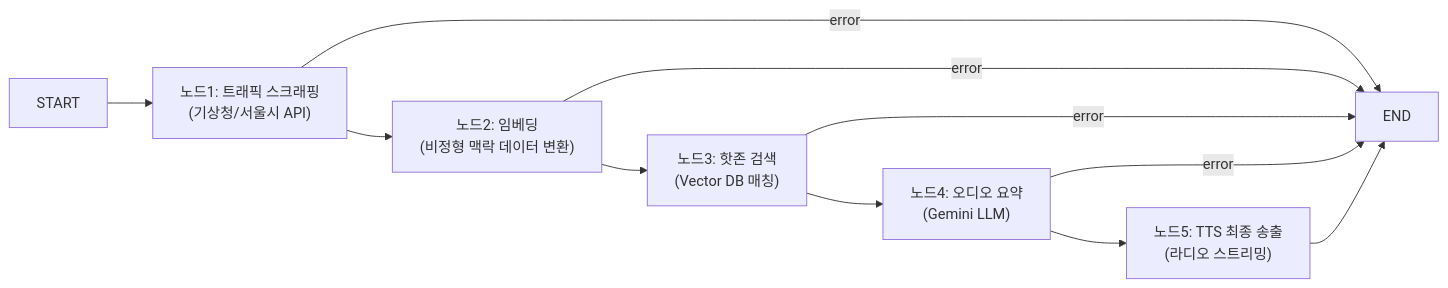
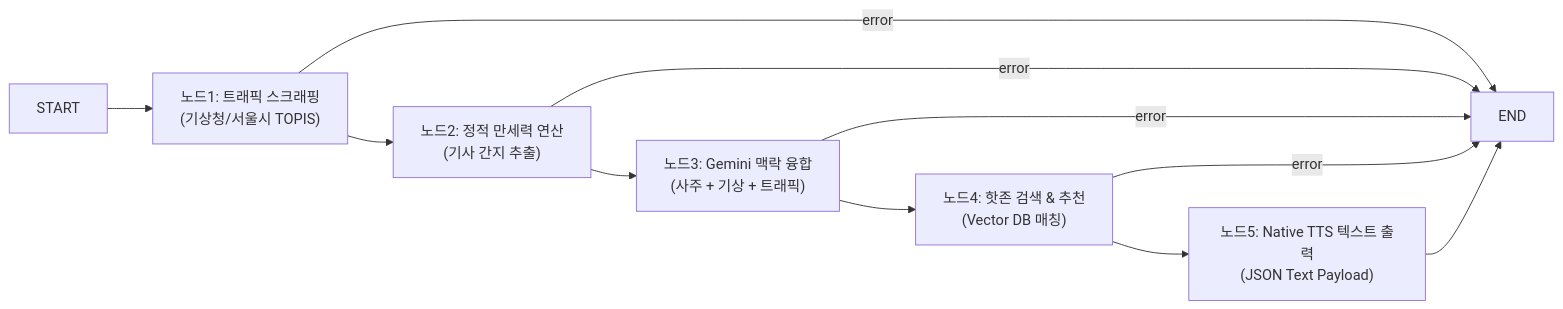
Before and after one commit to mycar4/000_UNSU: the diagram in .docs/GUIDE_API.md, drawn with Mermaid. The commit also changed other lines of this file and 41 other files, not shown here.

````diff
--- a/.docs/GUIDE_API.md
+++ b/.docs/GUIDE_API.md
@@ -27,13 +27,13 @@
 ```mermaid
 graph LR
-    START --> A["노드1: 트래픽 스크래핑<br/>(기상청/서울시 API)"]
+    START --> A["노드1: 트래픽 스크래핑<br/>(기상청/서울시 TOPIS)"]
     A -->|error| END
-    A --> B["노드2: 임베딩<br/>(비정형 맥락 데이터 변환)"]
+    A --> B["노드2: 정적 만세력 연산<br/>(기사 간지 추출)"]
     B -->|error| END
-    B --> C["노드3: 핫존 검색<br/>(Vector DB 매칭)"]
+    B --> C["노드3: Gemini 맥락 융합<br/>(사주 + 기상 + 트래픽)"]
     C -->|error| END
-    C --> D["노드4: 오디오 요약<br/>(Gemini LLM)"]
+    C --> D["노드4: 핫존 검색 & 추천<br/>(Vector DB 매칭)"]
     D -->|error| END
-    D --> E["노드5: TTS 최종 송출<br/>(라디오 스트리밍)"]
+    D --> E["노드5: Native TTS 텍스트 출력<br/>(JSON Text Payload)"]
     E --> END
 ```
````
